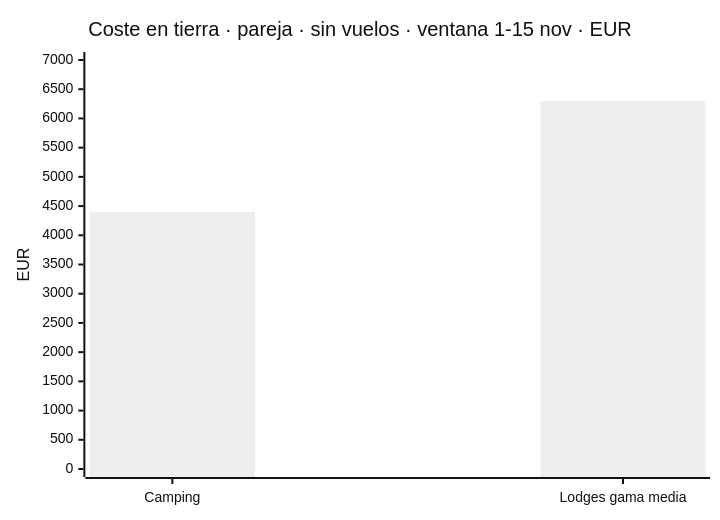
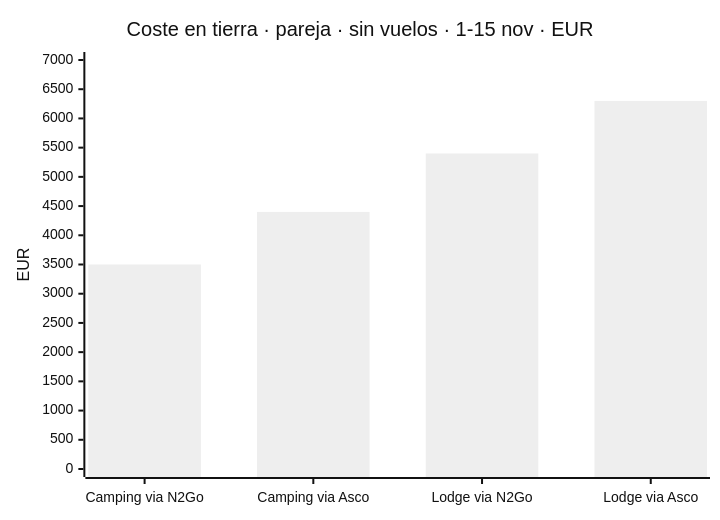
The third of 5 diagrams in README.md (morandeirachema/namibia), drawn with Mermaid (neutral theme) before and after one commit. The commit also changed other lines of this file and 1 other file, not shown here.

````diff
--- a/README.md
+++ b/README.md
@@ -143,7 +150,7 @@
 ```mermaid
 xychart-beta
-    title "Coste en tierra · pareja · sin vuelos · ventana 1-15 nov · EUR"
-    x-axis ["Camping", "Lodges gama media"]
+    title "Coste en tierra · pareja · sin vuelos · 1-15 nov · EUR"
+    x-axis ["Camping via N2Go", "Camping via Asco", "Lodge via N2Go", "Lodge via Asco"]
     y-axis "EUR" 0 --> 7000
-    bar [4400, 6300]
+    bar [3500, 4400, 5400, 6300]
 ```
````
